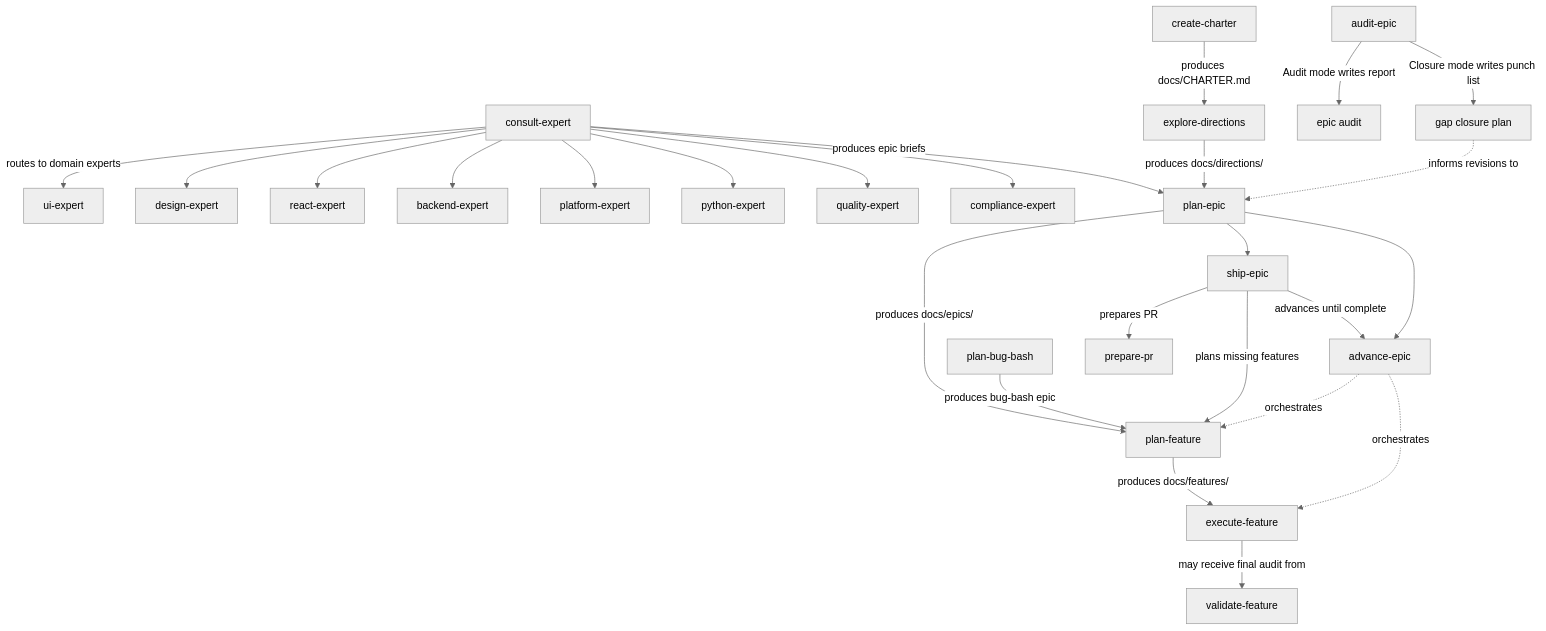
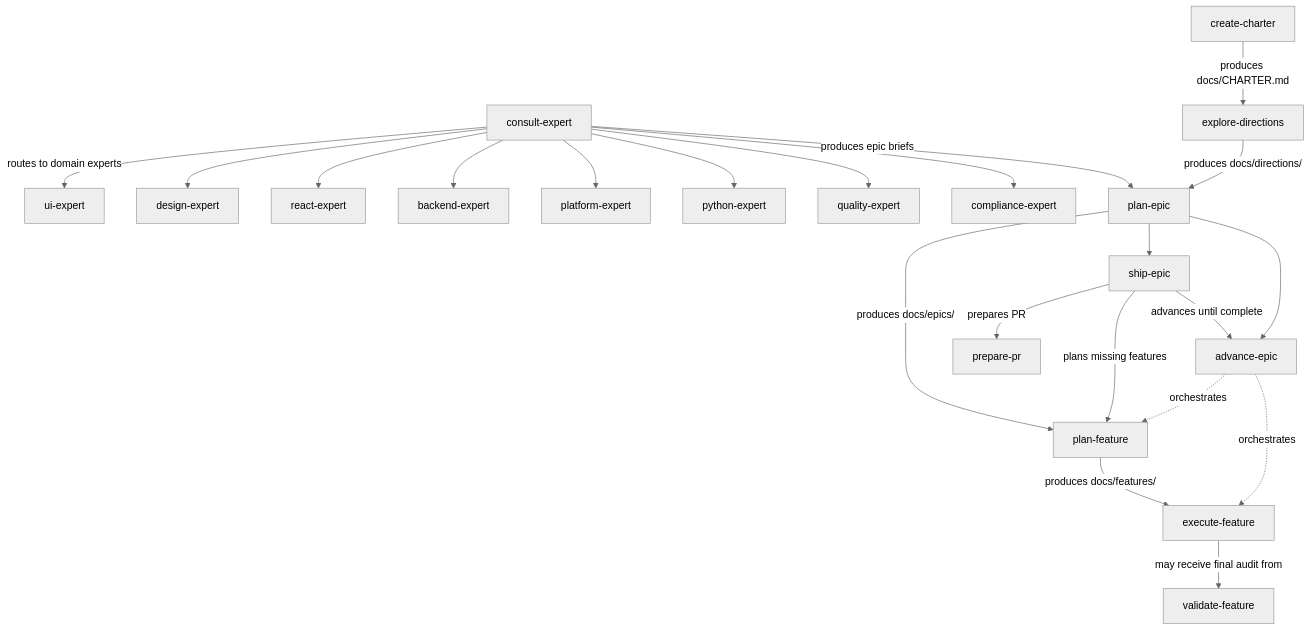
Before and after one commit to pnewsam/skills: the second of 14 diagrams in README.md, drawn with Mermaid (neutral theme). The commit also changed other lines of this file and 25 other files, not shown here.

````diff
--- a/README.md
+++ b/README.md
@@ -119,28 +117,24 @@
 ```mermaid
 flowchart TD
     CE[consult-expert] -->|routes to domain experts| UE[ui-expert]
     CE --> DX[design-expert]
     CE --> RE[react-expert]
     CE --> BE[backend-expert]
     CE --> PL[platform-expert]
     CE --> PY[python-expert]
     CE --> QE[quality-expert]
     CE --> CX[compliance-expert]
     CE -->|produces epic briefs| PE
     CC[create-charter] -->|produces docs/CHARTER.md| ED[explore-directions]
     ED -->|produces docs/directions/| PE[plan-epic]
     PE -->|produces docs/epics/| PF[plan-feature]
-    PBB[plan-bug-bash] -->|produces bug-bash epic| PF
     PE --> SP[ship-epic]
     SP -->|plans missing features| PF
     SP -->|advances until complete| AE
     SP -->|prepares PR| PPR[prepare-pr]
     PF -->|produces docs/features/| EF[execute-feature]
     EF -->|may receive final audit from| VF[validate-feature]
     PE --> AE[advance-epic]
     AE -.->|orchestrates| PF
     AE -.->|orchestrates| EF
-    AE2[audit-epic] -->|Audit mode writes report| AR[epic audit]
-    AE2 -->|Closure mode writes punch list| GC[gap closure plan]
-    GC -.->|informs revisions to| PE
 ```
````
